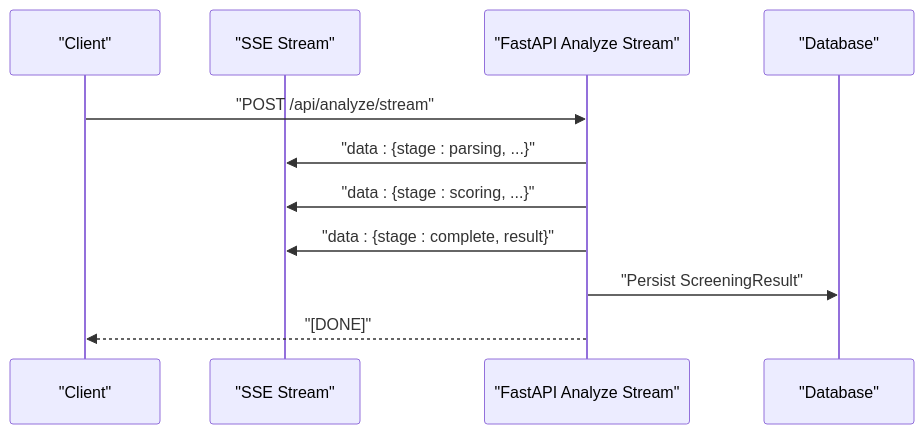
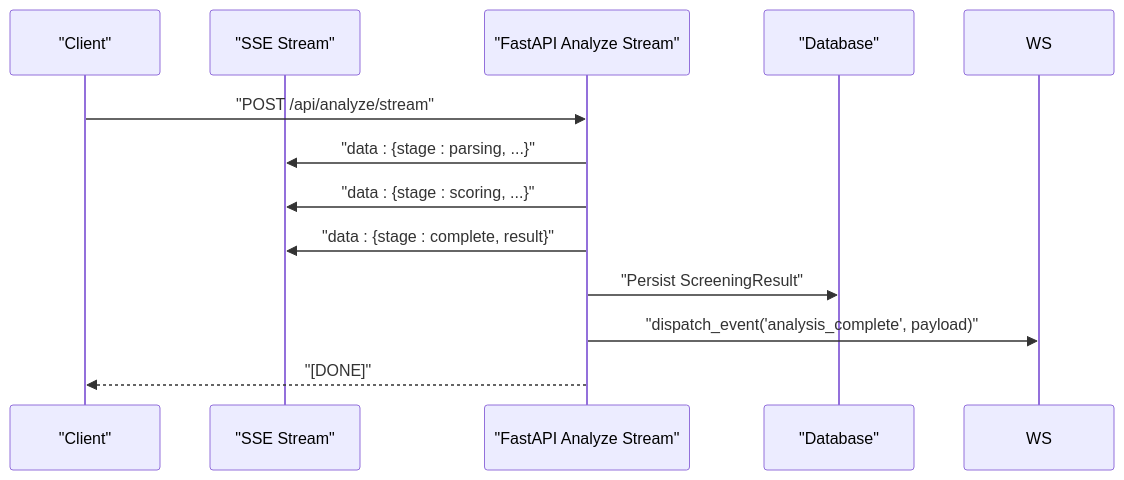
The sixth of 10 diagrams in .qoder/repowiki/en/content/Advanced Topics/Integration Patterns/Webhook Systems.md (Revanththetalogics/aireume), drawn with Mermaid before and after one commit. The commit also changed other lines of this file and 4 other files, not shown here.

````diff
--- a/.qoder/repowiki/en/content/Advanced Topics/Integration Patterns/Webhook Systems.md
+++ b/.qoder/repowiki/en/content/Advanced Topics/Integration Patterns/Webhook Systems.md
@@ -236,13 +297,14 @@
 ```mermaid
 sequenceDiagram
 participant Client as "Client"
 participant SSE as "SSE Stream"
 participant API as "FastAPI Analyze Stream"
 participant DB as "Database"
 Client->>API : "POST /api/analyze/stream"
 API->>SSE : "data : {stage : parsing, ...}"
 API->>SSE : "data : {stage : scoring, ...}"
 API->>SSE : "data : {stage : complete, result}"
 API->>DB : "Persist ScreeningResult"
+API->>WS : "dispatch_event('analysis_complete', payload)"
 API-->>Client : "[DONE]"
 ```
````
